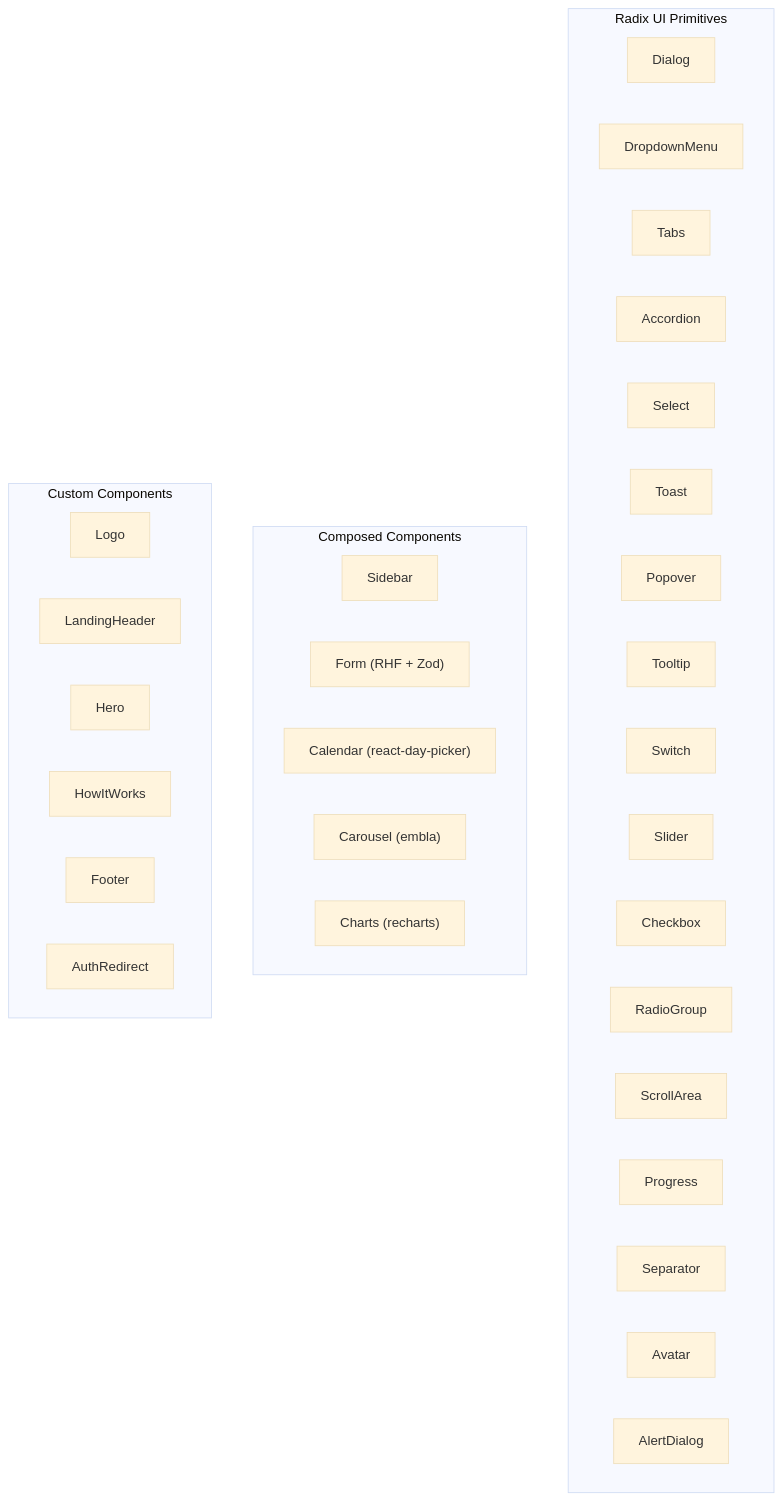
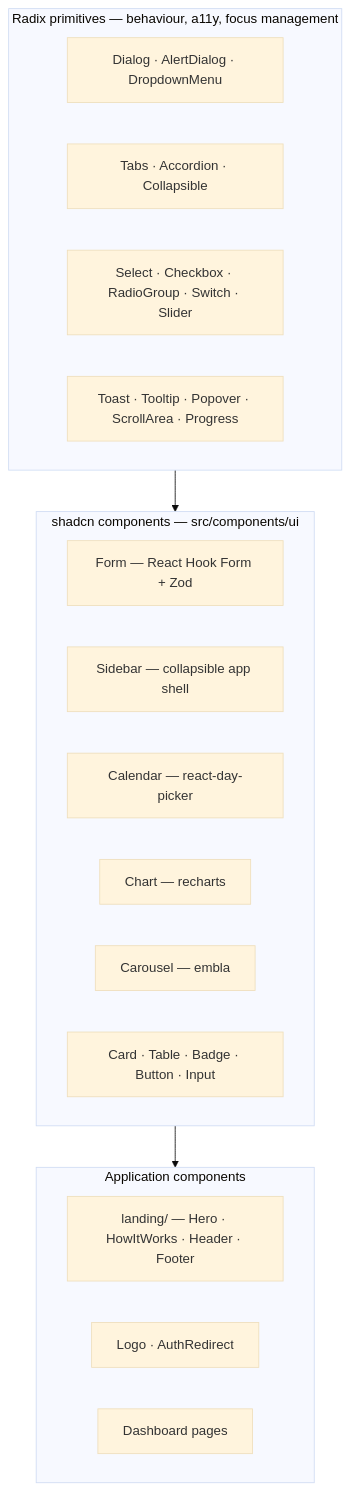
Before and after one commit to knotking/healthgeek: the first of 6 diagrams in docs/design/README.md, drawn with Mermaid (base theme). The commit also changed other lines of this file and 6 other files, not shown here.

````diff
--- a/docs/design/README.md
+++ b/docs/design/README.md
@@ -30,39 +40,26 @@
 ```mermaid
-graph TD
-    subgraph Primitives ["Radix UI Primitives"]
-        Dialog
-        DropdownMenu
-        Tabs
-        Accordion
-        Select
-        Toast
-        Popover
-        Tooltip
-        Switch
-        Slider
-        Checkbox
-        RadioGroup
-        ScrollArea
-        Progress
-        Separator
-        Avatar
-        AlertDialog
+flowchart TB
+    subgraph primitives ["Radix primitives — behaviour, a11y, focus management"]
+        p1["Dialog · AlertDialog · DropdownMenu"]
+        p2["Tabs · Accordion · Collapsible"]
+        p3["Select · Checkbox · RadioGroup · Switch · Slider"]
+        p4["Toast · Tooltip · Popover · ScrollArea · Progress"]
     end
 
-    subgraph Composed ["Composed Components"]
-        Sidebar
-        Form["Form (RHF + Zod)"]
-        Calendar["Calendar (react-day-picker)"]
-        Carousel["Carousel (embla)"]
-        Chart["Charts (recharts)"]
+    subgraph composed ["shadcn components — src/components/ui"]
+        c1["Form — React Hook Form + Zod"]
+        c2["Sidebar — collapsible app shell"]
+        c3["Calendar — react-day-picker"]
+        c4["Chart — recharts"]
+        c5["Carousel — embla"]
+        c6["Card · Table · Badge · Button · Input"]
     end
 
-    subgraph Custom ["Custom Components"]
-        Logo
-        LandingHeader
-        Hero
-        HowItWorks
-        Footer
-        AuthRedirect
+    subgraph app ["Application components"]
+        a1["landing/ — Hero · HowItWorks · Header · Footer"]
+        a2["Logo · AuthRedirect"]
+        a3["Dashboard pages"]
     end
+
+    primitives --> composed --> app
 ```
````
